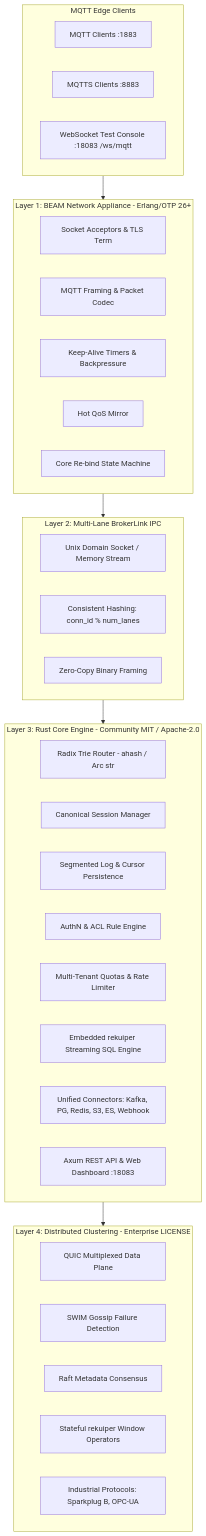
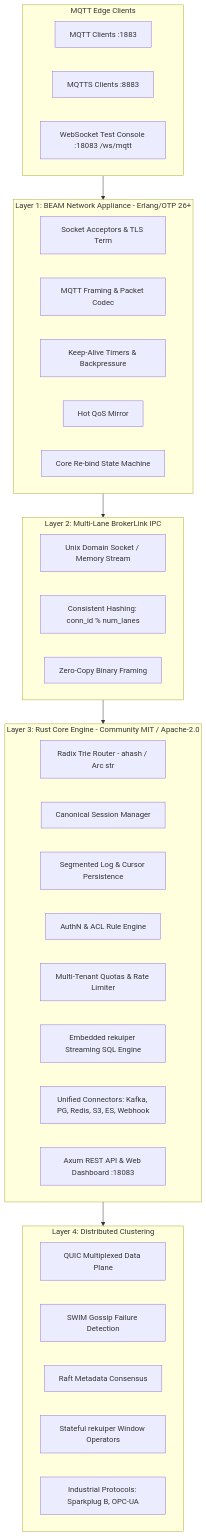
Before and after one commit to ankur-paan/indramqtt: the first of 3 diagrams in ARCHITECTURE.md, drawn with Mermaid. The commit also changed other lines of this file and 15 other files, not shown here.

````diff
--- a/ARCHITECTURE.md
+++ b/ARCHITECTURE.md
@@ -13,46 +13,46 @@
 ```mermaid
 graph TB
     subgraph Clients[MQTT Edge Clients]
         TCP_CLI[MQTT Clients :1883]
         TLS_CLI[MQTTS Clients :8883]
         WS_CLI[WebSocket Test Console :18083 /ws/mqtt]
     end
 
     subgraph BEAM[Layer 1: BEAM Network Appliance - Erlang/OTP 26+]
         ACCEPTOR[Socket Acceptors & TLS Term]
         FRAMING[MQTT Framing & Packet Codec]
         KEEPALIVE[Keep-Alive Timers & Backpressure]
         STATE_MIRROR[Hot QoS Mirror]
         REBIND[Core Re-bind State Machine]
     end
 
     subgraph IPC[Layer 2: Multi-Lane BrokerLink IPC]
         UDS[Unix Domain Socket / Memory Stream]
         LANE_HASH[Consistent Hashing: conn_id % num_lanes]
         PROTO_FRAMING[Zero-Copy Binary Framing]
     end
 
     subgraph Core[Layer 3: Rust Core Engine - Community MIT / Apache-2.0]
         ROUTER[Radix Trie Router - ahash / Arc str]
         SESSION[Canonical Session Manager]
         STORAGE[Segmented Log & Cursor Persistence]
         AUTH[AuthN & ACL Rule Engine]
         QUOTA[Multi-Tenant Quotas & Rate Limiter]
         SQL[Embedded rekuiper Streaming SQL Engine]
         CONNECTORS[Unified Connectors: Kafka, PG, Redis, S3, ES, Webhook]
         REST[Axum REST API & Web Dashboard :18083]
     end
 
-    subgraph Enterprise[Layer 4: Distributed Clustering - Enterprise LICENSE]
+    subgraph Enterprise[Layer 4: Distributed Clustering]
         QUIC[QUIC Multiplexed Data Plane]
         SWIM[SWIM Gossip Failure Detection]
         RAFT[Raft Metadata Consensus]
         WINDOWS[Stateful rekuiper Window Operators]
         INDUSTRIAL[Industrial Protocols: Sparkplug B, OPC-UA]
     end
 
     Clients --> BEAM
     BEAM --> IPC
     IPC --> Core
     Core --> Enterprise
 ```
````
